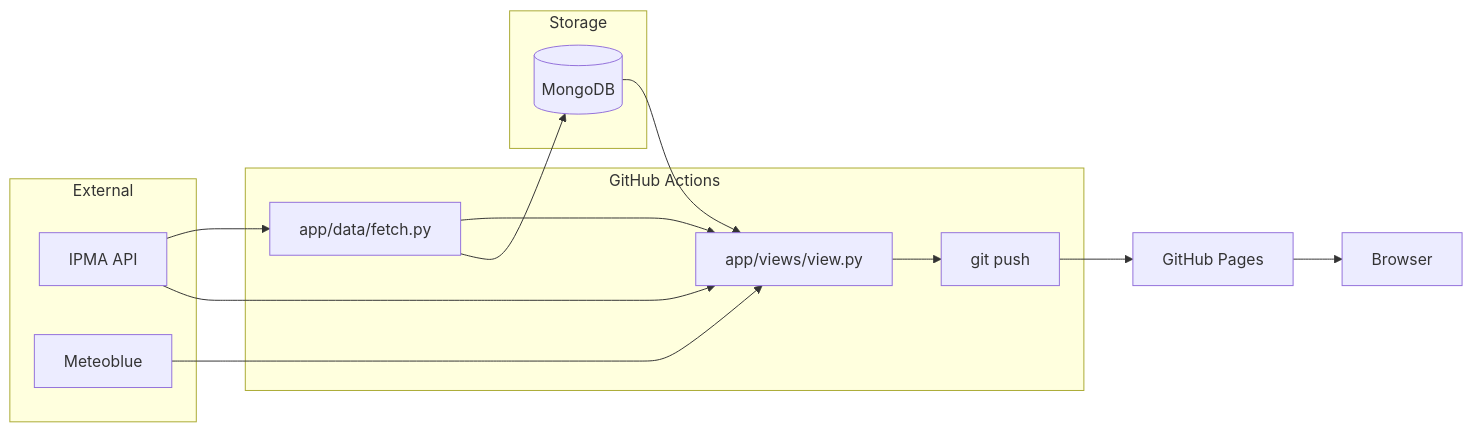
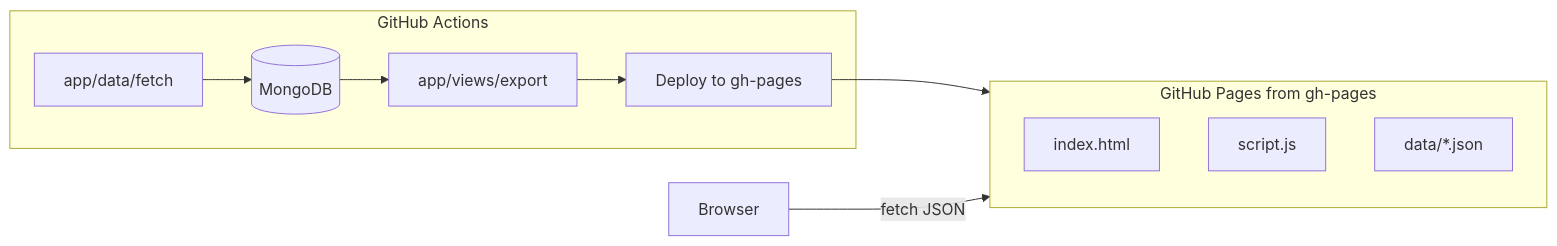
Before and after one commit to ritapatacas/ipma_db: the diagram in README.md, drawn with Mermaid. The commit also changed other lines of this file and 10 other files, not shown here.

Commit message:
static snapshot pipeline: export to dist/data/*.json, deploy to gh-pages only, no more table.js

````diff
--- a/README.md
+++ b/README.md
@@ -42,24 +41,19 @@
 ```mermaid
 flowchart LR
   subgraph ci [GitHub Actions]
-    Fetch[app/data/fetch.py]
-    View[app/views/view.py]
-    Push[git push]
-    Fetch --> View
-    View --> Push
+    Fetch[app/data/fetch]
+    Mongo[(MongoDB)]
+    Build[app/views/export]
+    Deploy[Deploy to gh-pages]
+    Fetch --> Mongo
+    Mongo --> Build
+    Build --> Deploy
   end
-  subgraph external [External]
-    IPMA[IPMA API]
-    Meteoblue[Meteoblue]
+  subgraph pages [GitHub Pages from gh-pages]
+    HTML[index.html]
+    JS[script.js]
+    Data[data/*.json]
   end
-  subgraph storage [Storage]
-    MongoDB[(MongoDB)]
-  end
-  IPMA --> Fetch
-  Fetch --> MongoDB
-  MongoDB --> View
-  Meteoblue --> View
-  IPMA --> View
-  Push --> Pages[GitHub Pages]
-  Pages --> Browser[Browser]
+  Deploy --> pages
+  Browser[Browser] -->|fetch JSON| pages
 ```
````
